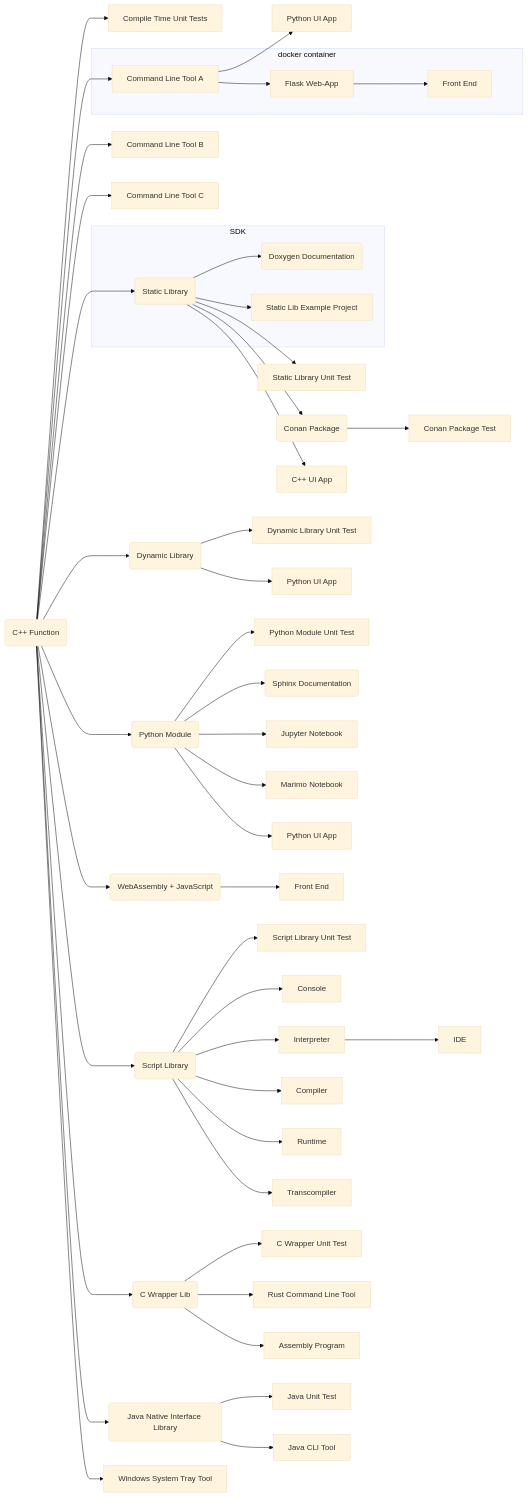
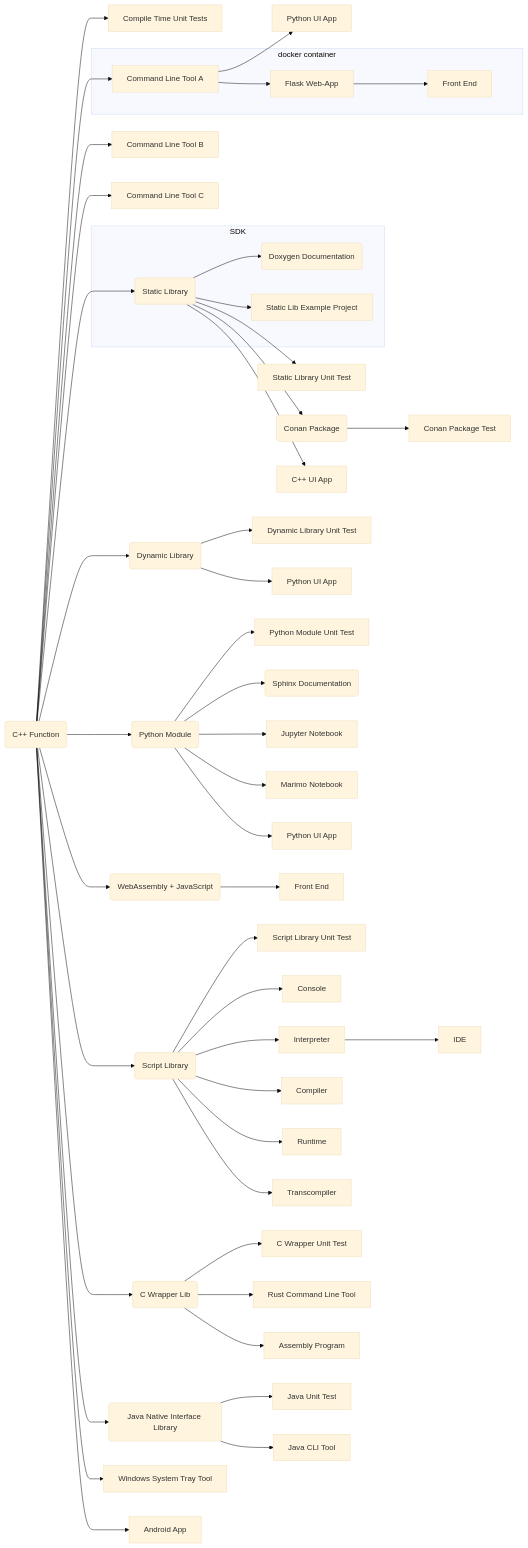
The diagram in README.md (SebastianBach/full-stack), drawn with Mermaid (base theme) before and after one commit. The commit also changed other lines of this file and 16 other files, not shown here.

````diff
--- a/README.md
+++ b/README.md
@@ -56,67 +57,69 @@
 ```mermaid
   flowchart LR;
 
     F(C++ Function) --> CUT[Compile Time Unit Tests];
 
     F --> CLI1[Command Line Tool A]
     F --> CLI2[Command Line Tool B]
     F --> CLI3[Command Line Tool C]
 
     CLI1 --> PYAPP2[Python UI App]
 
     F --> LIB(Static Library)
     
     subgraph SDK
     LIB --> DOXYGEN(Doxygen Documentation)
     LIB --> LIBEX[Static Lib Example Project]
     end
 
     LIB --> LIBTEST[Static Library Unit Test]
     LIB --> C(Conan Package)
 
     LIB --> QTCPP[C++ UI App]
 
     F --> DLL(Dynamic Library)
     DLL --> DLLTEST[Dynamic Library Unit Test]
     DLL --> QTPYDLL[Python UI App]
 
     C --> CT[Conan Package Test]
 
     F --> PY(Python Module)
 
     subgraph docker container
     CLI1 --> SERVER[Flask Web-App]
     SERVER --> FRONT[Front End]
     end
 
     PY --> PYTEST[Python Module Unit Test]
     PY --> SPHINX(Sphinx Documentation)
     PY --> NOTEBOOK[Jupyter Notebook] 
     PY --> MARIMO[Marimo Notebook]  
     PY --> PYAPP[Python UI App]
 
     F --> WASM(WebAssembly + JavaScript)
 
     WASM --> WASMF[Front End]
 
     F --> SCRIPTLIB(Script Library)
 
     SCRIPTLIB --> SCRIPT_TEST[Script Library Unit Test]
     SCRIPTLIB --> SCRIPT_CONSOLE[Console]
     SCRIPTLIB --> SCRIPT_INTERPRETER[Interpreter]
     SCRIPT_INTERPRETER --> SCRIPT_IDE[IDE]
     SCRIPTLIB --> SCRIPT_COMPILER[Compiler]
     SCRIPTLIB --> SCRIPT_RUNTIME[Runtime]
     SCRIPTLIB --> SCRIPT_CONVERT[Transcompiler]
 
     F --> CWRAPPER(C Wrapper Lib)
     CWRAPPER --> CWRAPPER_TEST[C Wrapper Unit Test]
     CWRAPPER --> RUST_APP[Rust Command Line Tool]  
     CWRAPPER --> ASM[Assembly Program] 
 
     F --> JAVA_LIB(Java Native Interface Library)
     JAVA_LIB --> JAVA_UNIT_TEST[Java Unit Test]  
     JAVA_LIB --> JAVA_APP[Java CLI Tool] 
 
     F --> WIN_TRAY[Windows System Tray Tool]
+
+    F --> ANDROID[Android App] 
 ```
````
